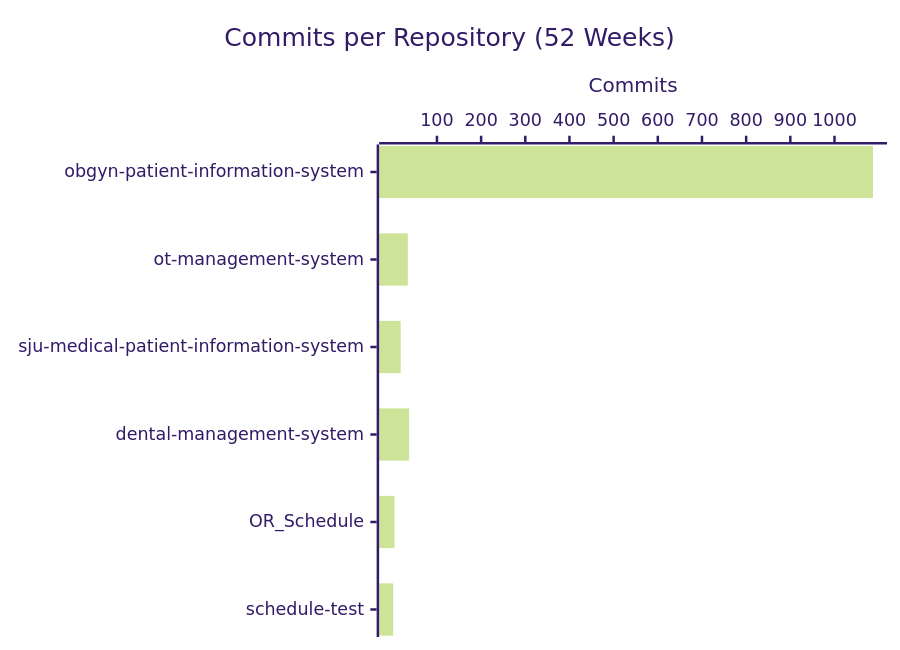
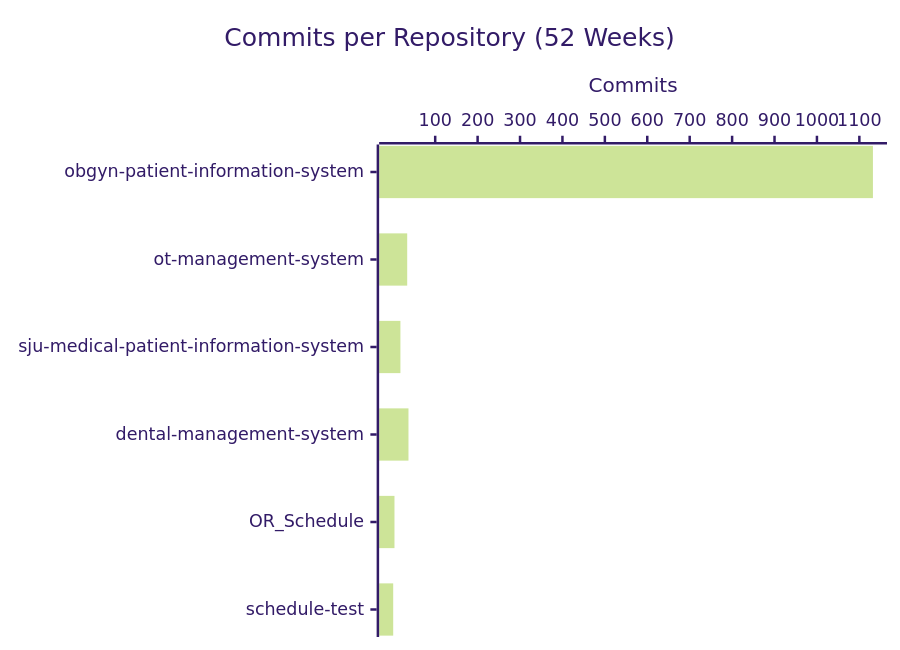
Before and after one commit to CSTH-Projects/.github: the second of 4 diagrams in profile/README.md, drawn with Mermaid (forest theme). The commit also changed other lines of this file, not shown here.

````diff
--- a/profile/README.md
+++ b/profile/README.md
@@ -24,7 +24,7 @@
 ```mermaid
 xychart-beta horizontal
     title "Commits per Repository (52 Weeks)"
     x-axis ["obgyn-patient-information-system", "ot-management-system", "sju-medical-patient-information-system", "dental-management-system", "OR_Schedule", "schedule-test"]
     y-axis "Commits"
-    bar [1087, 34, 18, 37, 4, 1]
+    bar [1132, 34, 18, 37, 4, 1]
 ```
````
